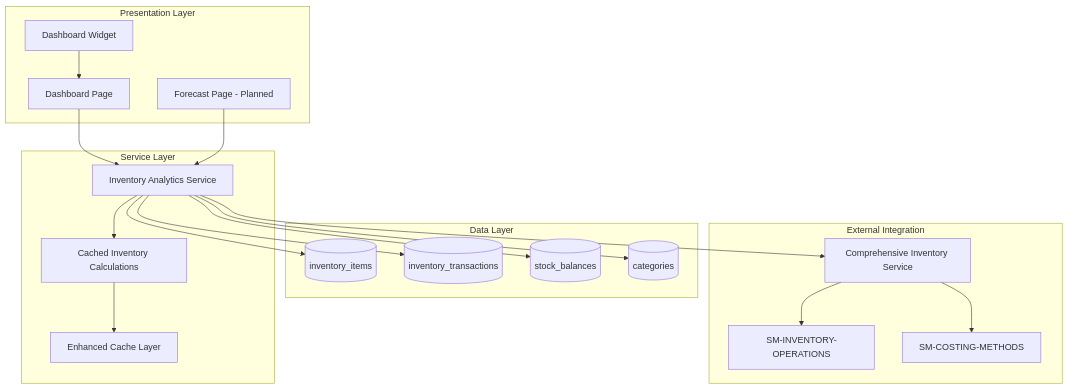
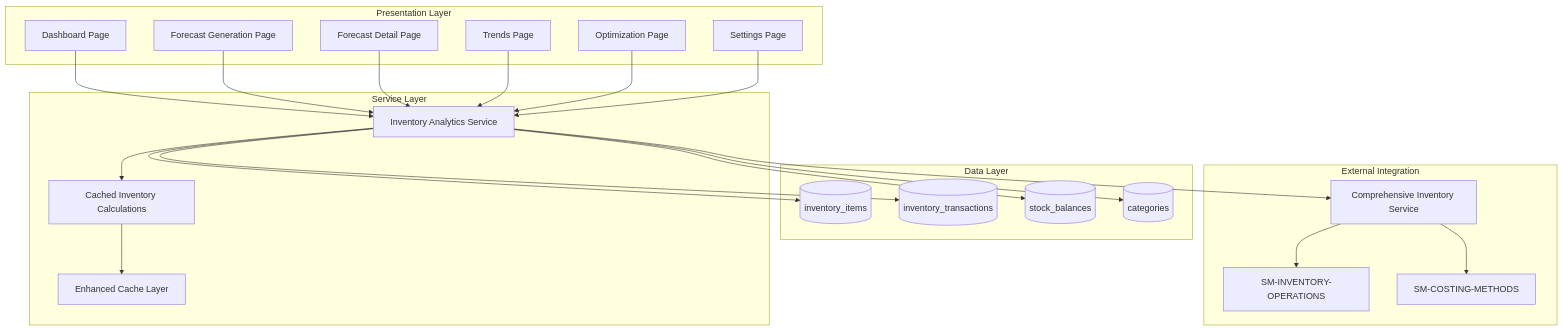
One commit to PeakMNA/carmen changed the first of 3 diagrams in docs/app/operational-planning/demand-forecasting/TS-demand-forecasting.md. Above: the diagram before and after it, drawn with Mermaid. The commit also changed other lines of this file and 473 other files, not shown here.

````diff
--- a/docs/app/operational-planning/demand-forecasting/TS-demand-forecasting.md
+++ b/docs/app/operational-planning/demand-forecasting/TS-demand-forecasting.md
@@ -31,43 +32,49 @@
 ```mermaid
 graph TB
     subgraph Presentation Layer
-        DW[Dashboard Widget]
         DP[Dashboard Page]
-        FP[Forecast Page - Planned]
+        FP[Forecast Generation Page]
+        FDP[Forecast Detail Page]
+        TP[Trends Page]
+        OP[Optimization Page]
+        SP[Settings Page]
     end
 
     subgraph Service Layer
         IAS[Inventory Analytics Service]
         CIC[Cached Inventory Calculations]
         ECL[Enhanced Cache Layer]
     end
 
     subgraph Data Layer
         II[(inventory_items)]
         IT[(inventory_transactions)]
         SB[(stock_balances)]
         CAT[(categories)]
     end
 
     subgraph External Integration
         CIS[Comprehensive Inventory Service]
         SM_IO[SM-INVENTORY-OPERATIONS]
         SM_CM[SM-COSTING-METHODS]
     end
 
-    DW --> DP
     DP --> IAS
     FP --> IAS
+    FDP --> IAS
+    TP --> IAS
+    OP --> IAS
+    SP --> IAS
 
     IAS --> CIC
     CIC --> ECL
 
     IAS --> II
     IAS --> IT
     IAS --> SB
     IAS --> CAT
 
     IAS --> CIS
     CIS --> SM_IO
     CIS --> SM_CM
 ```
````
